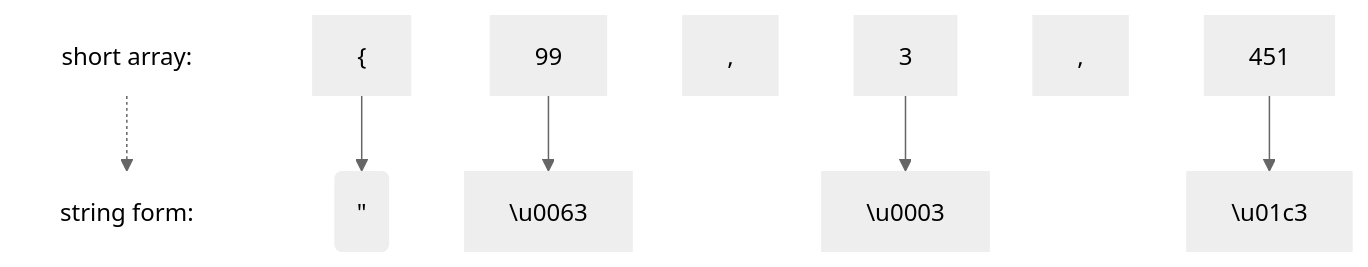
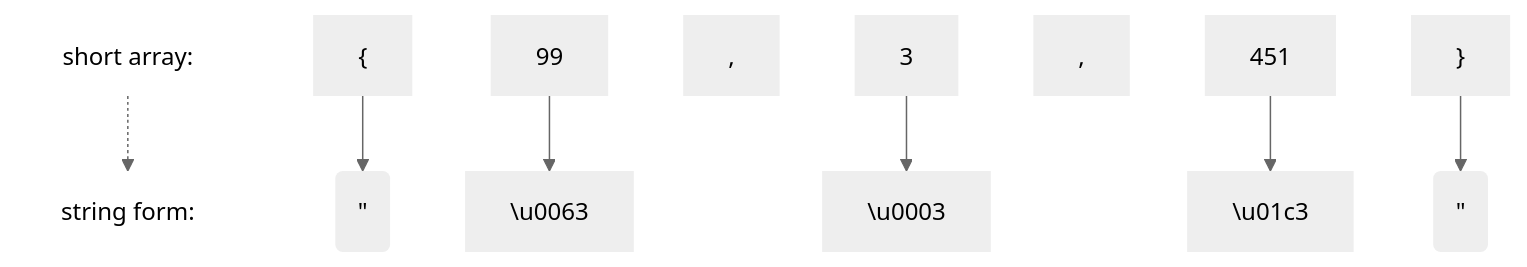
Before and after one commit to Reefact/antlr4-book-examples: the diagram in Reefact.BookExamples.Antlr4/Chapter_03/4/ReadMe.md, drawn with Mermaid (neutral theme).

Commit message:
Fix + clean mermaid figure

````diff
--- a/Reefact.BookExamples.Antlr4/Chapter_03/4/ReadMe.md
+++ b/Reefact.BookExamples.Antlr4/Chapter_03/4/ReadMe.md
@@ -14,14 +14,14 @@
 ```mermaid
 graph TB
-    0["short array:"]:::header -.-> 100["string form:"]:::header 
-	1["{"] --> 2("#0034;")
-	3["99"] --> 4["#0092;u0063"]
-    5[","]
-    6["3"] --> 7["#0092;u0003"]
-    8[","]
-    9["451"] --> 10["#0092;u01c3"]
+    1["short array:"]:::header -.-> 2["string form:"]:::header 
+    3["{"] --> 4("#0034;")
+    5["99"] --> 6["#0092;u0063"]
+    7[","]
+    8["3"] --> 9["#0092;u0003"]
+    10[","]
+    11["451"] --> 12["#0092;u01c3"]
+    13["}"] --> 14("#0034;")
 
 classDef default fill:#eee,stroke-width:0px;
 classDef header fill:#fff,stroke-width:0px;
-
 ```
````
